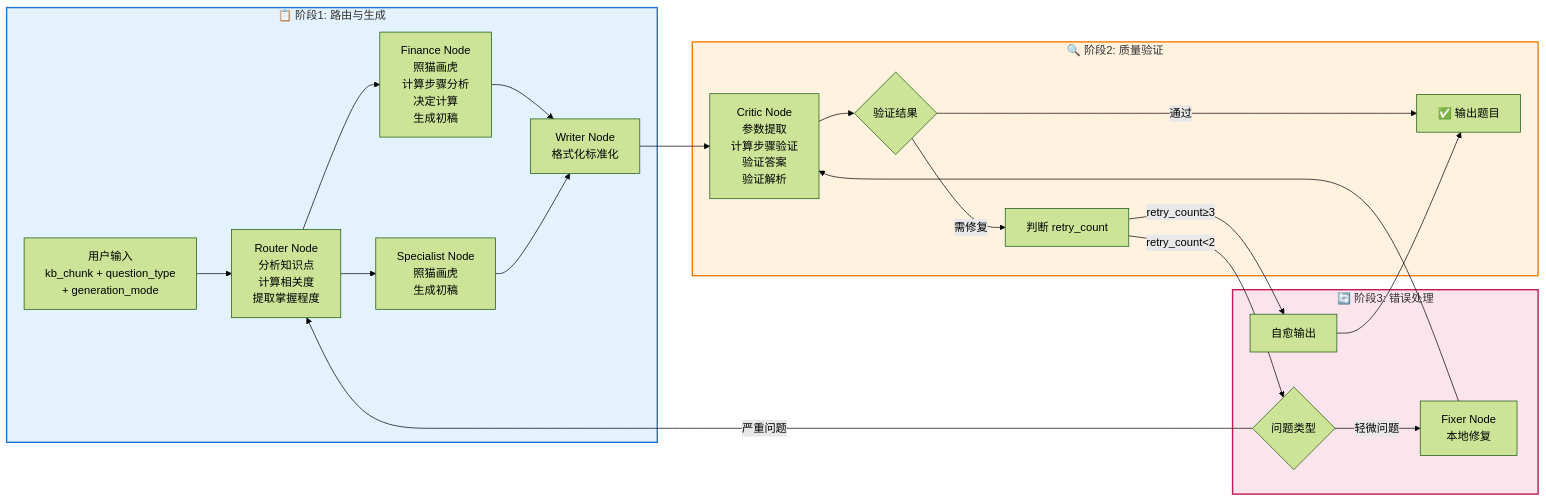
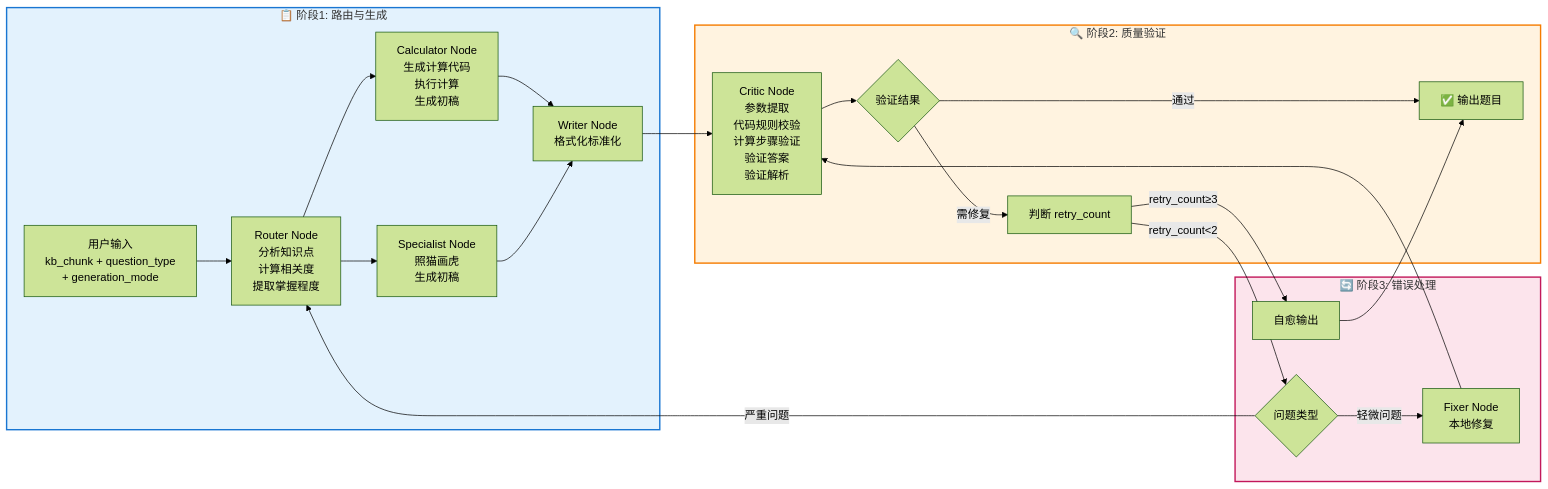
Before and after one commit to pt1995117/boxue-ai-exam-generator: the second of 6 diagrams in docs/系统流程图-可视化版.md, drawn with Mermaid (forest theme). The commit also changed other lines of this file and 20066 other files, not shown here.

````diff
--- a/docs/系统流程图-可视化版.md
+++ b/docs/系统流程图-可视化版.md
@@ -41,30 +41,30 @@
 ```mermaid
 flowchart LR
     subgraph 阶段1["📋 阶段1: 路由与生成"]
         A[用户输入<br/>kb_chunk + question_type<br/>+ generation_mode] --> B[Router Node<br/>分析知识点<br/>计算相关度<br/>提取掌握程度]
-        B --> C1[Finance Node<br/>照猫画虎<br/>计算步骤分析<br/>决定计算<br/>生成初稿]
+        B --> C1[Calculator Node<br/>生成计算代码<br/>执行计算<br/>生成初稿]
         B --> C2[Specialist Node<br/>照猫画虎<br/>生成初稿]
         C1 --> D[Writer Node<br/>格式化标准化]
         C2 --> D
     end
     
     subgraph 阶段2["🔍 阶段2: 质量验证"]
-        D --> E[Critic Node<br/>参数提取<br/>计算步骤验证<br/>验证答案<br/>验证解析]
+        D --> E[Critic Node<br/>参数提取<br/>代码规则校验<br/>计算步骤验证<br/>验证答案<br/>验证解析]
         E --> F{验证结果}
         F -->|通过| G[✅ 输出题目]
         F -->|需修复| H[判断 retry_count]
     end
     
     subgraph 阶段3["🔄 阶段3: 错误处理"]
         H -->|retry_count<2| I{问题类型}
         H -->|retry_count≥3| J[自愈输出]
         I -->|轻微问题| K[Fixer Node<br/>本地修复]
         I -->|严重问题| B
         K --> E
         J --> G
     end
     
     style 阶段1 fill:#e3f2fd,stroke:#1976d2,stroke-width:2px
     style 阶段2 fill:#fff3e0,stroke:#f57c00,stroke-width:2px
     style 阶段3 fill:#fce4ec,stroke:#c2185b,stroke-width:2px
 ```
````
